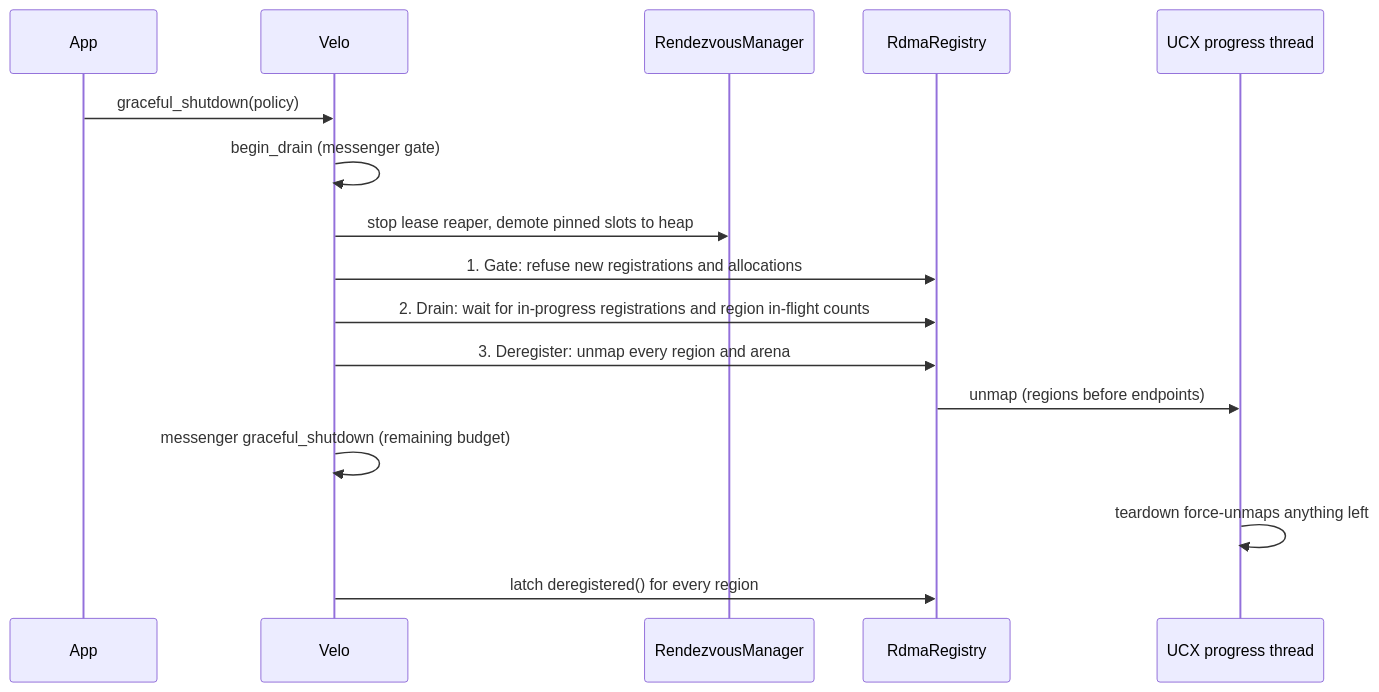
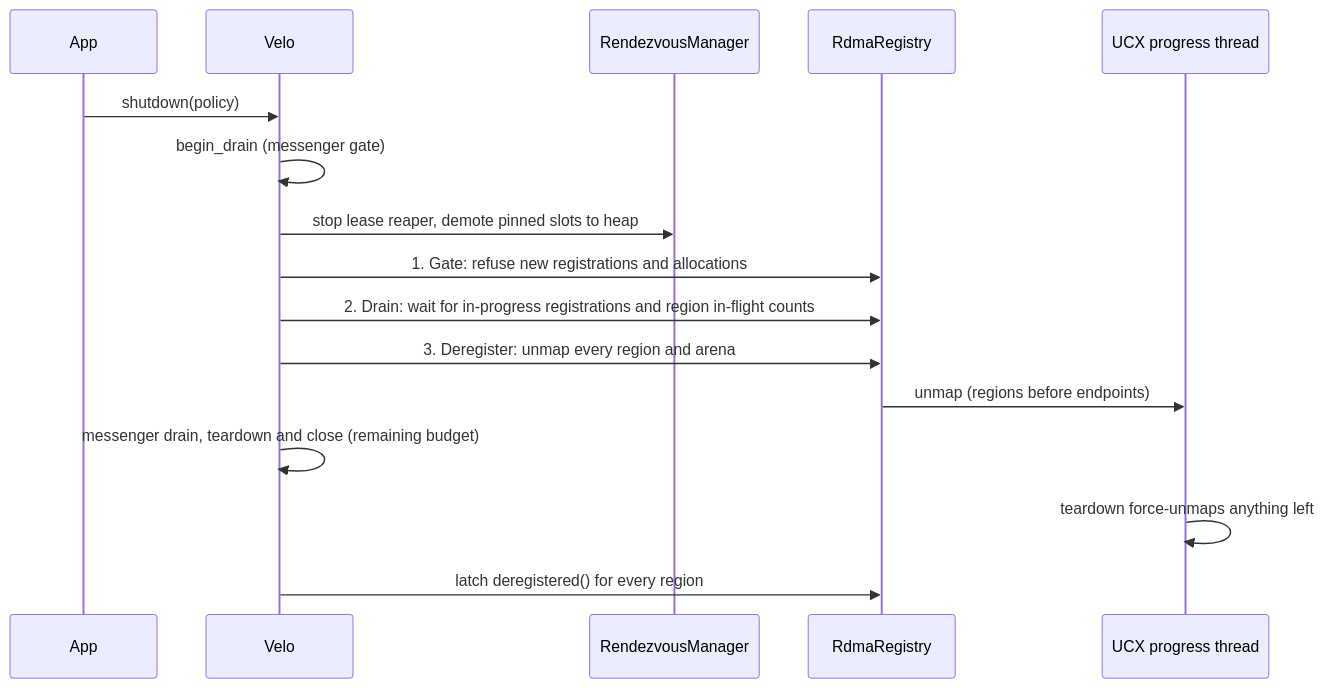
Before and after one commit to ai-dynamo/velo: the second of 2 diagrams in docs/src/concepts/rendezvous.md, drawn with Mermaid. The commit also changed other lines of this file and 8 other files, not shown here.

First line of the commit message:
docs: make Velo::shutdown the one shutdown in the book

````diff
--- a/docs/src/concepts/rendezvous.md
+++ b/docs/src/concepts/rendezvous.md
@@ -343,18 +343,18 @@
 ```mermaid
 sequenceDiagram
     participant App
     participant Velo
     participant RV as RendezvousManager
     participant Reg as RdmaRegistry
     participant UCX as UCX progress thread
-    App->>Velo: graceful_shutdown(policy)
+    App->>Velo: shutdown(policy)
     Velo->>Velo: begin_drain (messenger gate)
     Velo->>RV: stop lease reaper, demote pinned slots to heap
     Velo->>Reg: 1. Gate: refuse new registrations and allocations
     Velo->>Reg: 2. Drain: wait for in-progress registrations and region in-flight counts
     Velo->>Reg: 3. Deregister: unmap every region and arena
     Reg->>UCX: unmap (regions before endpoints)
-    Velo->>Velo: messenger graceful_shutdown (remaining budget)
+    Velo->>Velo: messenger drain, teardown and close (remaining budget)
     UCX->>UCX: teardown force-unmaps anything left
     Velo->>Reg: latch deregistered() for every region
 ```
````
